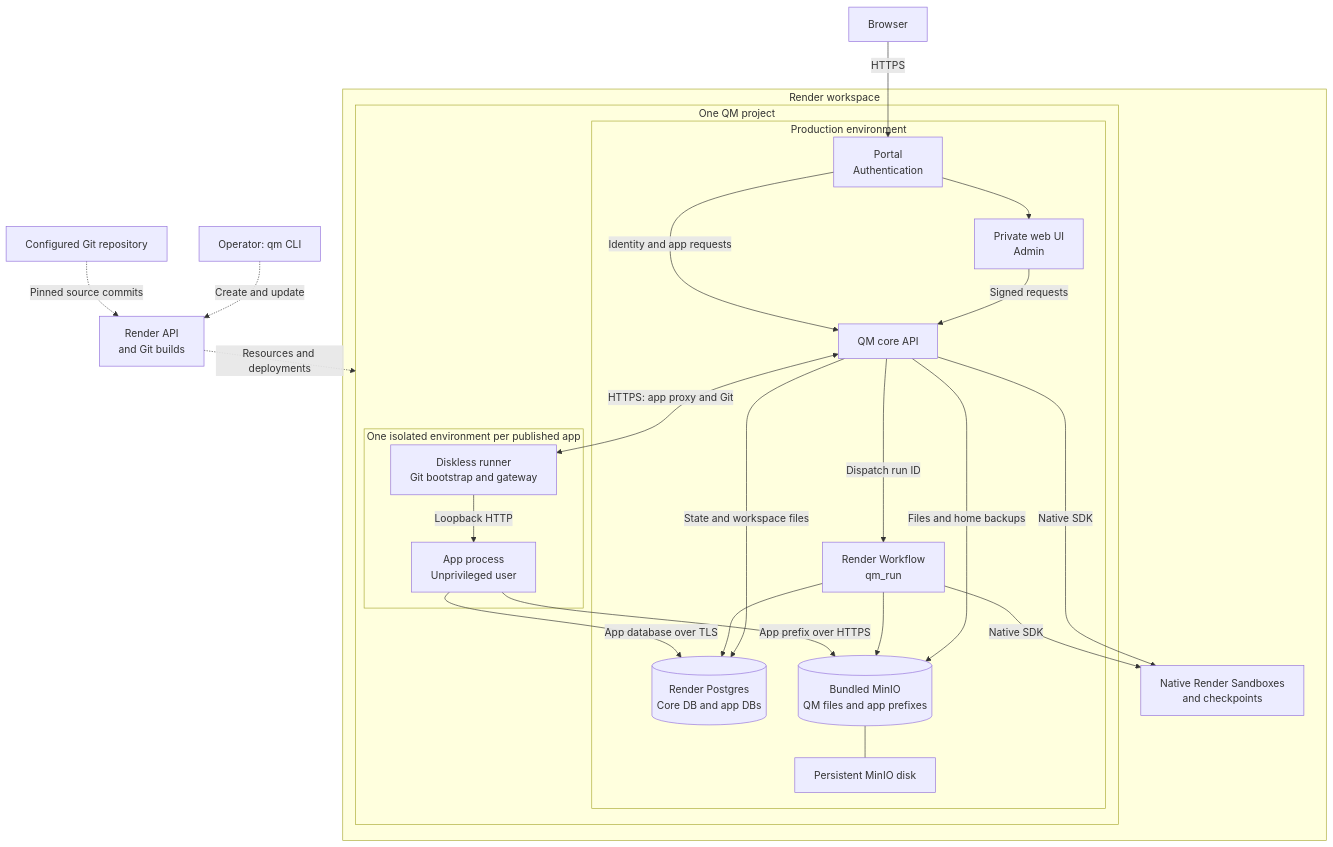
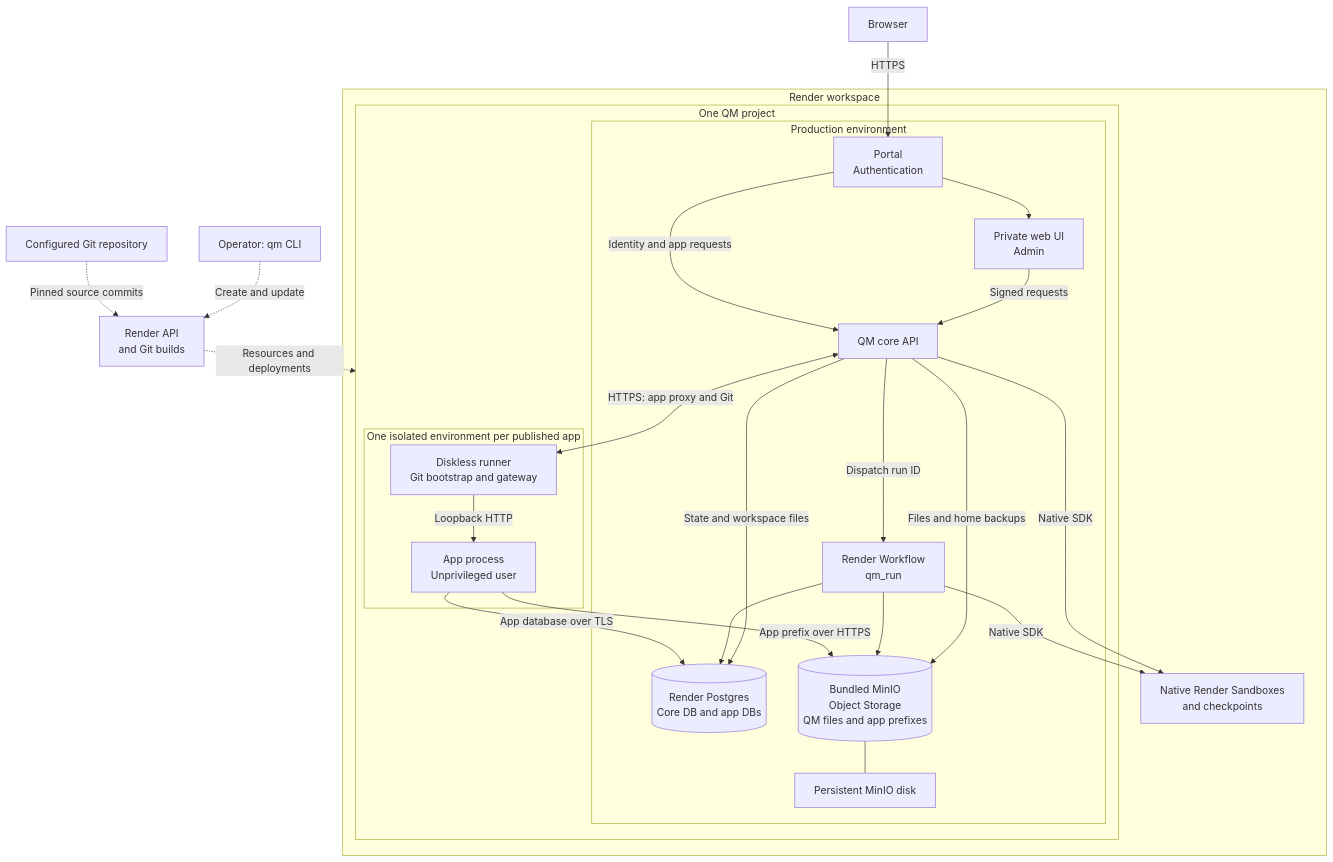
The diagram in cli/templates/deployment/references/render.md (anurag/qm), drawn with Mermaid before and after one commit.

Commit message:
Label MinIO as Object Storage in the architecture diagram

````diff
--- a/cli/templates/deployment/references/render.md
+++ b/cli/templates/deployment/references/render.md
@@ -35,48 +35,48 @@
 ```mermaid
 flowchart TB
     operator["Operator: qm CLI"]
     source["Configured Git repository"]
     control["Render API<br/>and Git builds"]
     browser["Browser"]
 
     subgraph workspace["Render workspace"]
         subgraph project["One QM project"]
             subgraph production["Production environment"]
                 portal["Portal<br/>Authentication"]
                 web["Private web UI<br/>Admin"]
                 core["QM core API"]
                 worker["Render Workflow<br/>qm_run"]
                 postgres[("Render Postgres<br/>Core DB and app DBs")]
-                minio[("Bundled MinIO<br/>QM files and app prefixes")]
+                minio[("Bundled MinIO<br/>Object Storage<br/>QM files and app prefixes")]
                 disk["Persistent MinIO disk"]
             end
             subgraph isolated["One isolated environment per published app"]
                 runner["Diskless runner<br/>Git bootstrap and gateway"]
                 app["App process<br/>Unprivileged user"]
             end
         end
         sandbox["Native Render Sandboxes<br/>and checkpoints"]
     end
 
     operator -.->|Create and update| control
     source -.->|Pinned source commits| control
     control -.->|Resources and deployments| project
 
     browser -->|HTTPS| portal
     portal --> web
     web -->|Signed requests| core
     portal -->|Identity and app requests| core
     core -->|Dispatch run ID| worker
     core -->|State and workspace files| postgres
     worker --> postgres
     core -->|Files and home backups| minio
     worker --> minio
     minio --- disk
     core -->|Native SDK| sandbox
     worker -->|Native SDK| sandbox
 
     core <-->|HTTPS: app proxy and Git| runner
     runner -->|Loopback HTTP| app
     app -->|App database over TLS| postgres
     app -->|App prefix over HTTPS| minio
 ```
````
